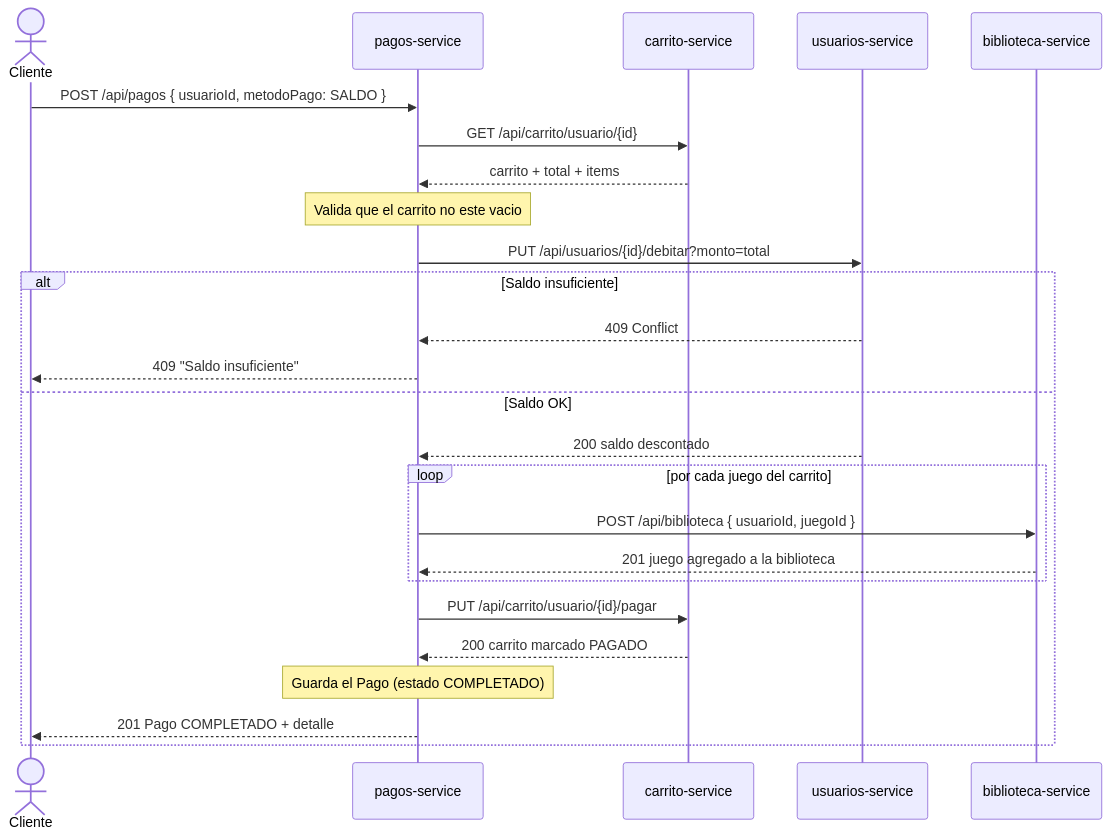
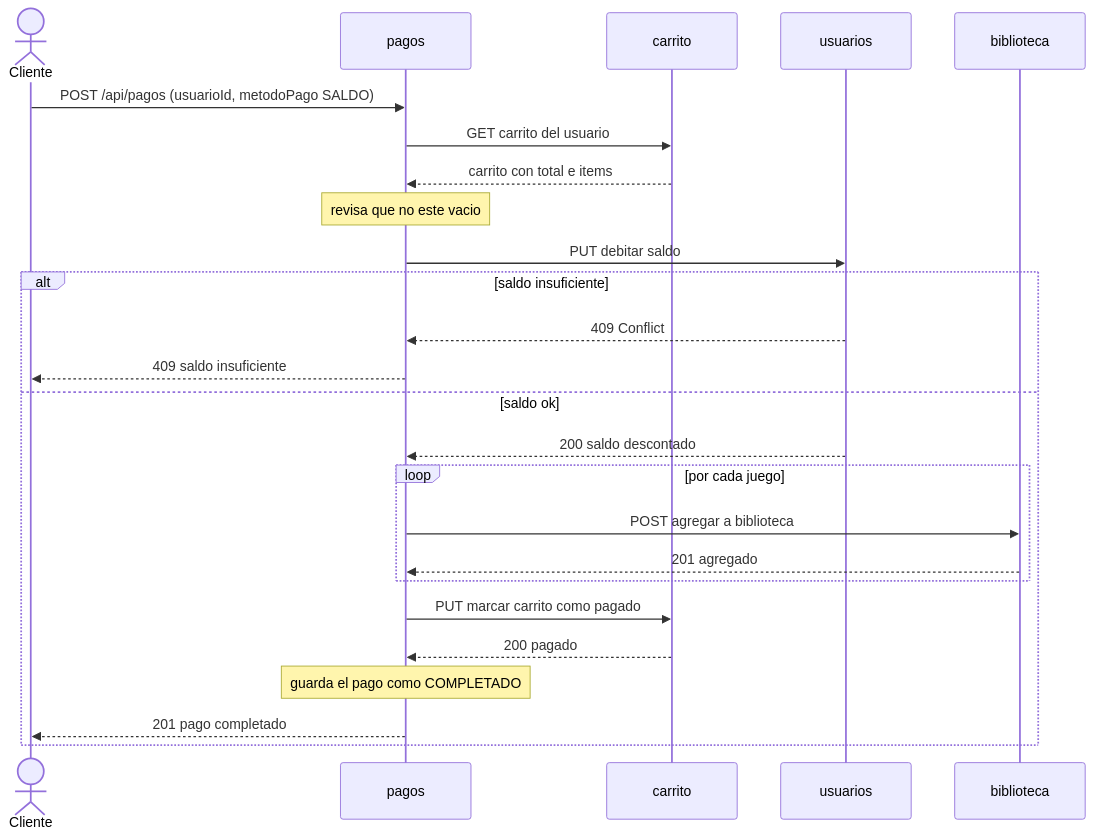
Before and after one commit to roz-ctrl/plataforma-videojuegos: the third of 4 diagrams in ARQUITECTURA.md, drawn with Mermaid. The commit also changed other lines of this file and 3 other files, not shown here.

````diff
--- a/ARQUITECTURA.md
+++ b/ARQUITECTURA.md
@@ -94,29 +75,29 @@
 ```mermaid
 sequenceDiagram
     actor Cliente
-    participant P as pagos-service
-    participant CA as carrito-service
-    participant U as usuarios-service
-    participant B as biblioteca-service
+    participant P as pagos
+    participant CA as carrito
+    participant U as usuarios
+    participant B as biblioteca
 
-    Cliente->>P: POST /api/pagos { usuarioId, metodoPago: SALDO }
-    P->>CA: GET /api/carrito/usuario/{id}
-    CA-->>P: carrito + total + items
-    Note over P: Valida que el carrito no este vacio
+    Cliente->>P: POST /api/pagos (usuarioId, metodoPago SALDO)
+    P->>CA: GET carrito del usuario
+    CA-->>P: carrito con total e items
+    Note over P: revisa que no este vacio
 
-    P->>U: PUT /api/usuarios/{id}/debitar?monto=total
-    alt Saldo insuficiente
+    P->>U: PUT debitar saldo
+    alt saldo insuficiente
         U-->>P: 409 Conflict
-        P-->>Cliente: 409 "Saldo insuficiente"
-    else Saldo OK
+        P-->>Cliente: 409 saldo insuficiente
+    else saldo ok
         U-->>P: 200 saldo descontado
-        loop por cada juego del carrito
-            P->>B: POST /api/biblioteca { usuarioId, juegoId }
-            B-->>P: 201 juego agregado a la biblioteca
+        loop por cada juego
+            P->>B: POST agregar a biblioteca
+            B-->>P: 201 agregado
         end
-        P->>CA: PUT /api/carrito/usuario/{id}/pagar
-        CA-->>P: 200 carrito marcado PAGADO
-        Note over P: Guarda el Pago (estado COMPLETADO)
-        P-->>Cliente: 201 Pago COMPLETADO + detalle
+        P->>CA: PUT marcar carrito como pagado
+        CA-->>P: 200 pagado
+        Note over P: guarda el pago como COMPLETADO
+        P-->>Cliente: 201 pago completado
     end
 ```
````
